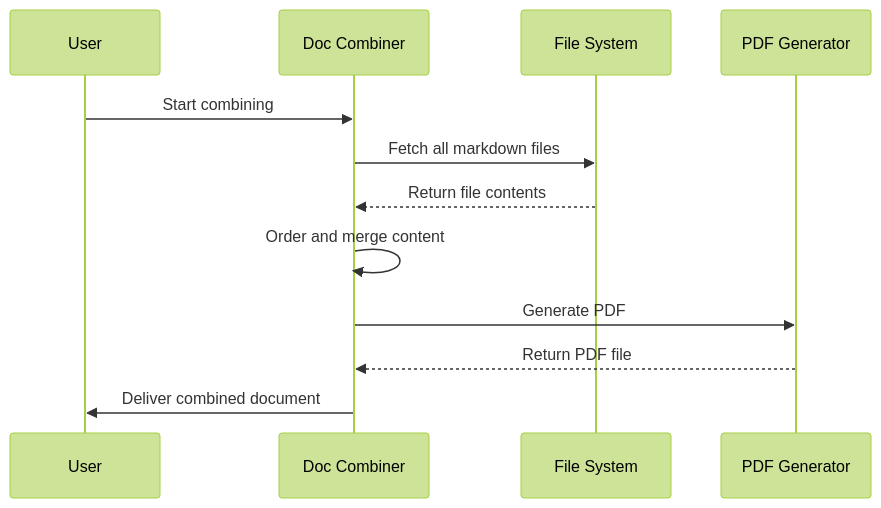
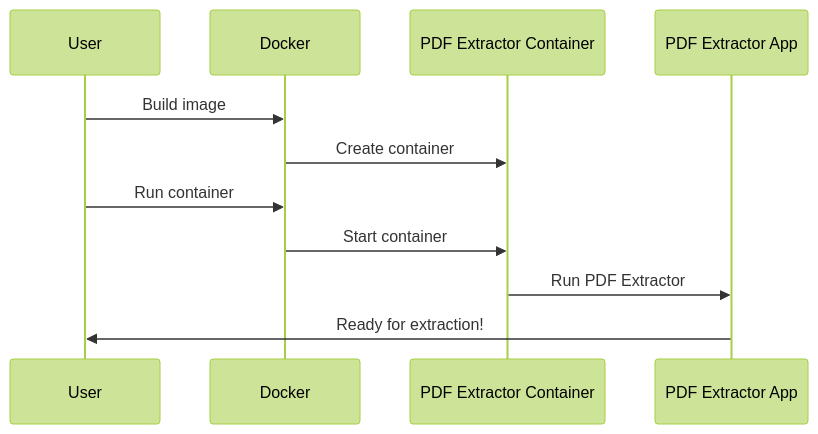
One commit to dygavieta/NewRepo changed the seventh of 7 diagrams in README.md. Above: the diagram before and after it, drawn with Mermaid (forest theme). The commit also changed other lines of this file, not shown here.

````diff
--- a/README.md
+++ b/README.md
@@ -827,15 +575,13 @@
 ```mermaid
 sequenceDiagram
     participant User
-    participant DC as Doc Combiner
-    participant FS as File System
-    participant PDF as PDF Generator
-
-    User->>DC: Start combining
-    DC->>FS: Fetch all markdown files
-    FS-->>DC: Return file contents
-    DC->>DC: Order and merge content
-    DC->>PDF: Generate PDF
-    PDF-->>DC: Return PDF file
-    DC->>User: Deliver combined document
+    participant Docker
+    participant Container as PDF Extractor Container
+    participant App as PDF Extractor App
+    User->>Docker: Build image
+    Docker->>Container: Create container
+    User->>Docker: Run container
+    Docker->>Container: Start container
+    Container->>App: Run PDF Extractor
+    App->>User: Ready for extraction!
 ```
````
